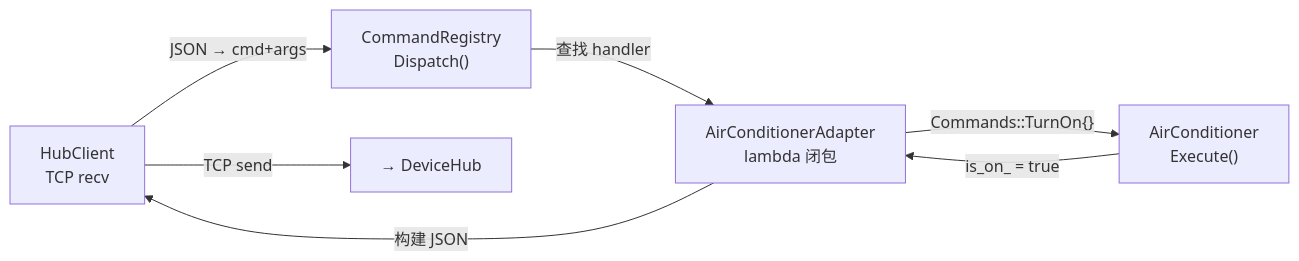
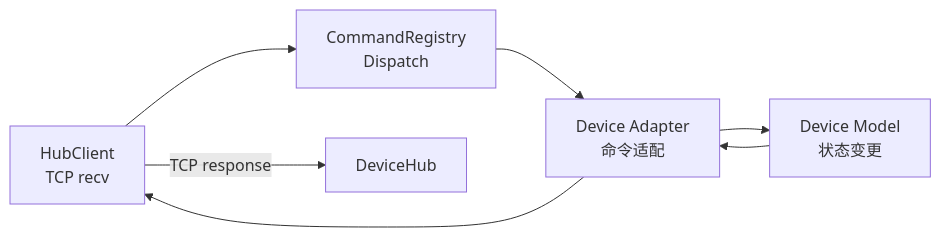
The second of 3 diagrams in smart-home-system/ARCHITECTURE.md (DarksideWanderer/Software-Project), drawn with Mermaid before and after one commit. The commit also changed other lines of this file and 12 other files, not shown here.

````diff
--- a/smart-home-system/ARCHITECTURE.md
+++ b/smart-home-system/ARCHITECTURE.md
@@ -103,9 +258,9 @@
 ```mermaid
 flowchart LR
-    hub["HubClient<br/>TCP recv"] -->|"JSON → cmd+args"| reg["CommandRegistry<br/>Dispatch()"]
-    reg -->|"查找 handler"| adapter["AirConditionerAdapter<br/>lambda 闭包"]
-    adapter -->|"Commands::TurnOn{}"| ac["AirConditioner<br/>Execute()"]
-    ac -->|"is_on_ = true"| adapter
-    adapter -->|"构建 JSON"| hub
-    hub -->|"TCP send"| backend["→ DeviceHub"]
+    Client["HubClient<br/>TCP recv"] --> Registry["CommandRegistry<br/>Dispatch"]
+    Registry --> Adapter["Device Adapter<br/>命令适配"]
+    Adapter --> Device["Device Model<br/>状态变更"]
+    Device --> Adapter
+    Adapter --> Client
+    Client -->|"TCP response"| Hub["DeviceHub"]
 ```
````
